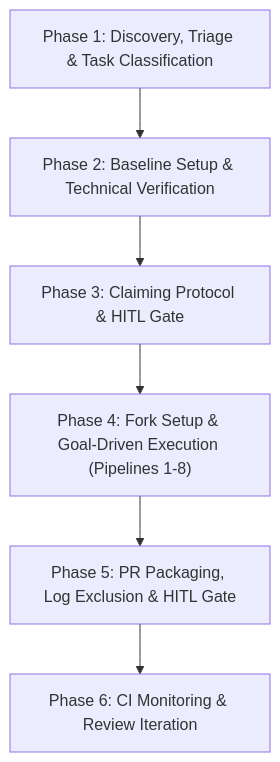
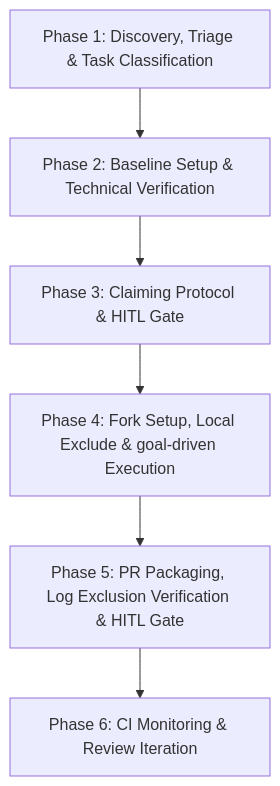
The diagram in .agents/skills/github-bounty-hunter/SKILL.md (ntd237/draft_toolkits_20042026), drawn with Mermaid before and after one commit. The commit also changed other lines of this file and 2 other files, not shown here.

Commit message:
feat(github-bounty-hunter): enforce harness logging and git exclusion

````diff
--- a/.agents/skills/github-bounty-hunter/SKILL.md
+++ b/.agents/skills/github-bounty-hunter/SKILL.md
@@ -19,8 +19,8 @@
 ```mermaid
 flowchart TD
     P1["Phase 1: Discovery, Triage & Task Classification"] --> P2["Phase 2: Baseline Setup & Technical Verification"]
     P2 --> P3["Phase 3: Claiming Protocol & HITL Gate"]
-    P3 --> P4["Phase 4: Fork Setup & Goal-Driven Execution (Pipelines 1-8)"]
-    P4 --> P5["Phase 5: PR Packaging, Log Exclusion & HITL Gate"]
+    P3 --> P4["Phase 4: Fork Setup, Local Exclude & goal-driven Execution"]
+    P4 --> P5["Phase 5: PR Packaging, Log Exclusion Verification & HITL Gate"]
     P5 --> P6["Phase 6: CI Monitoring & Review Iteration"]
 ```
````
